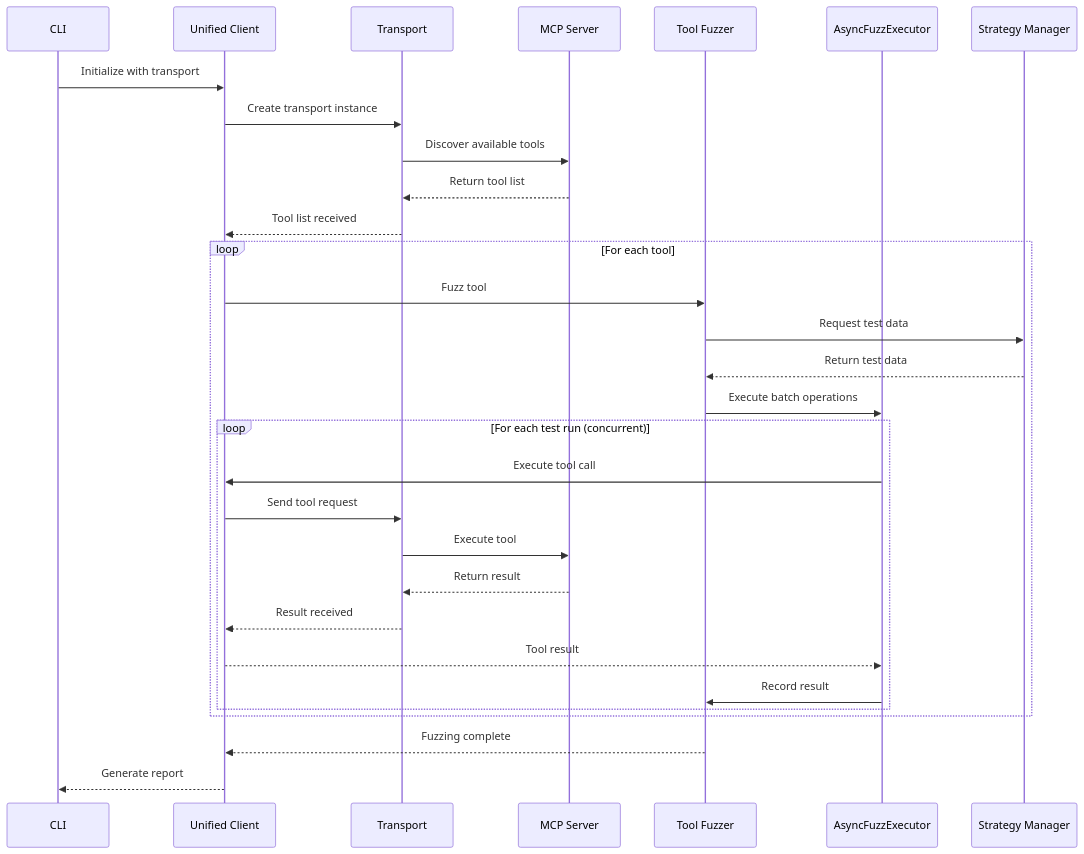
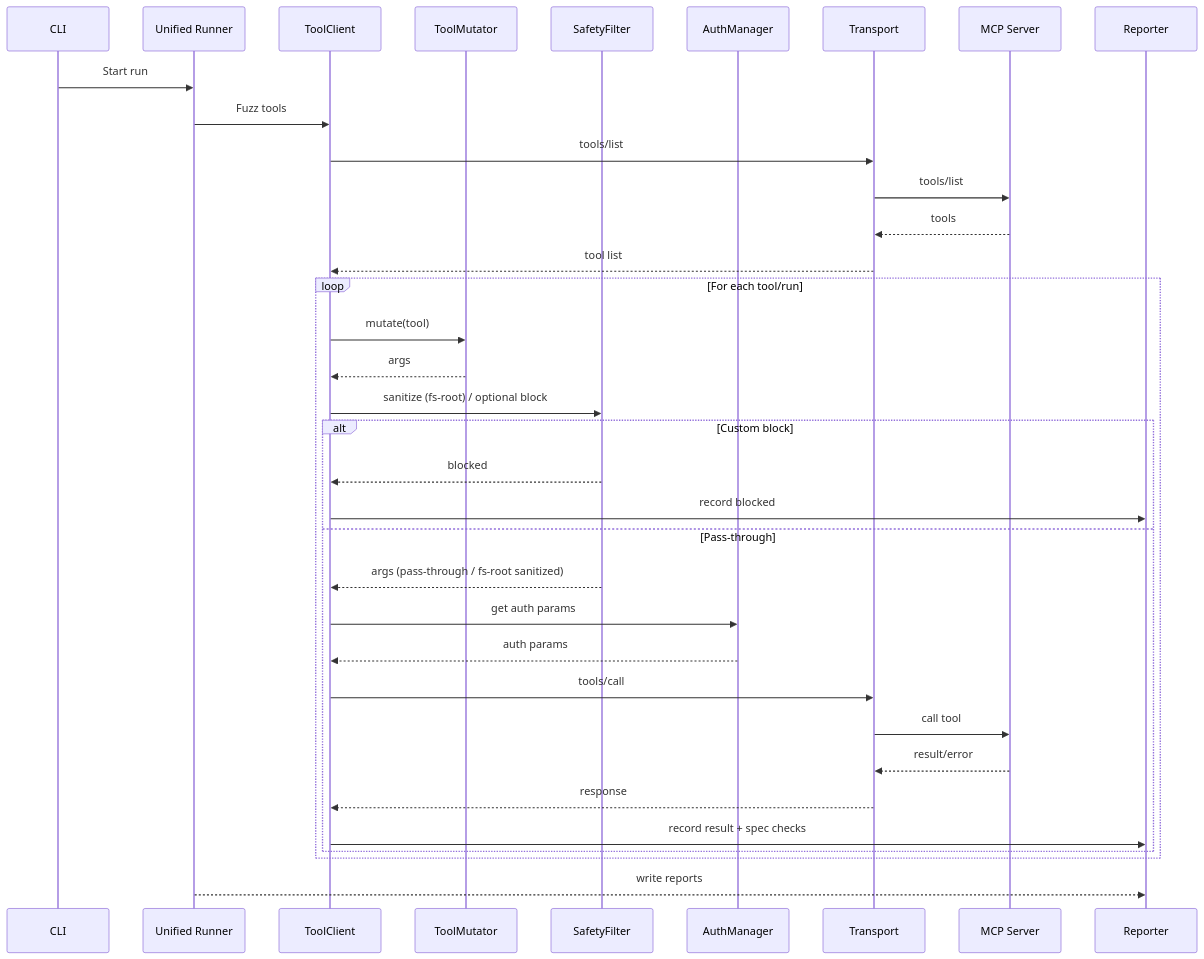
The sixth of 8 diagrams in docs/architecture/architecture.md (Agent-Hellboy/mcp-server-fuzzer), drawn with Mermaid before and after one commit. The commit also changed other lines of this file and 24 other files, not shown here.

````diff
--- a/docs/architecture/architecture.md
+++ b/docs/architecture/architecture.md
@@ -633,37 +633,40 @@
 ```mermaid
 sequenceDiagram
     participant CLI as CLI
-    participant Client as Unified Client
+    participant Runner as Unified Runner
+    participant ToolClient as ToolClient
+    participant Mutator as ToolMutator
+    participant Safety as SafetyFilter
+    participant Auth as AuthManager
     participant Transport as Transport
     participant Server as MCP Server
-    participant Fuzzer as Tool Fuzzer
-    participant Executor as AsyncFuzzExecutor
-    participant Strategy as Strategy Manager
+    participant Reporter as Reporter
 
-    CLI->>Client: Initialize with transport
-    Client->>Transport: Create transport instance
-    Transport->>Server: Discover available tools
-    Server-->>Transport: Return tool list
-    Transport-->>Client: Tool list received
+    CLI->>Runner: Start run
+    Runner->>ToolClient: Fuzz tools
+    ToolClient->>Transport: tools/list
+    Transport->>Server: tools/list
+    Server-->>Transport: tools
+    Transport-->>ToolClient: tool list
 
-    loop For each tool
-        Client->>Fuzzer: Fuzz tool
-        Fuzzer->>Strategy: Request test data
-        Strategy-->>Fuzzer: Return test data
-
-        Fuzzer->>Executor: Execute batch operations
-
-        loop For each test run (concurrent)
-            Executor->>Client: Execute tool call
-            Client->>Transport: Send tool request
-            Transport->>Server: Execute tool
-            Server-->>Transport: Return result
-            Transport-->>Client: Result received
-            Client-->>Executor: Tool result
-            Executor->>Fuzzer: Record result
+    loop For each tool/run
+        ToolClient->>Mutator: mutate(tool)
+        Mutator-->>ToolClient: args
+        ToolClient->>Safety: sanitize (fs-root) / optional block
+        alt Custom block
+            Safety-->>ToolClient: blocked
+            ToolClient->>Reporter: record blocked
+        else Pass-through
+            Safety-->>ToolClient: args (pass-through / fs-root sanitized)
+            ToolClient->>Auth: get auth params
+            Auth-->>ToolClient: auth params
+            ToolClient->>Transport: tools/call
+            Transport->>Server: call tool
+            Server-->>Transport: result/error
+            Transport-->>ToolClient: response
+            ToolClient->>Reporter: record result + spec checks
         end
     end
 
-    Fuzzer-->>Client: Fuzzing complete
-    Client-->>CLI: Generate report
+    Runner-->>Reporter: write reports
 ```
````
